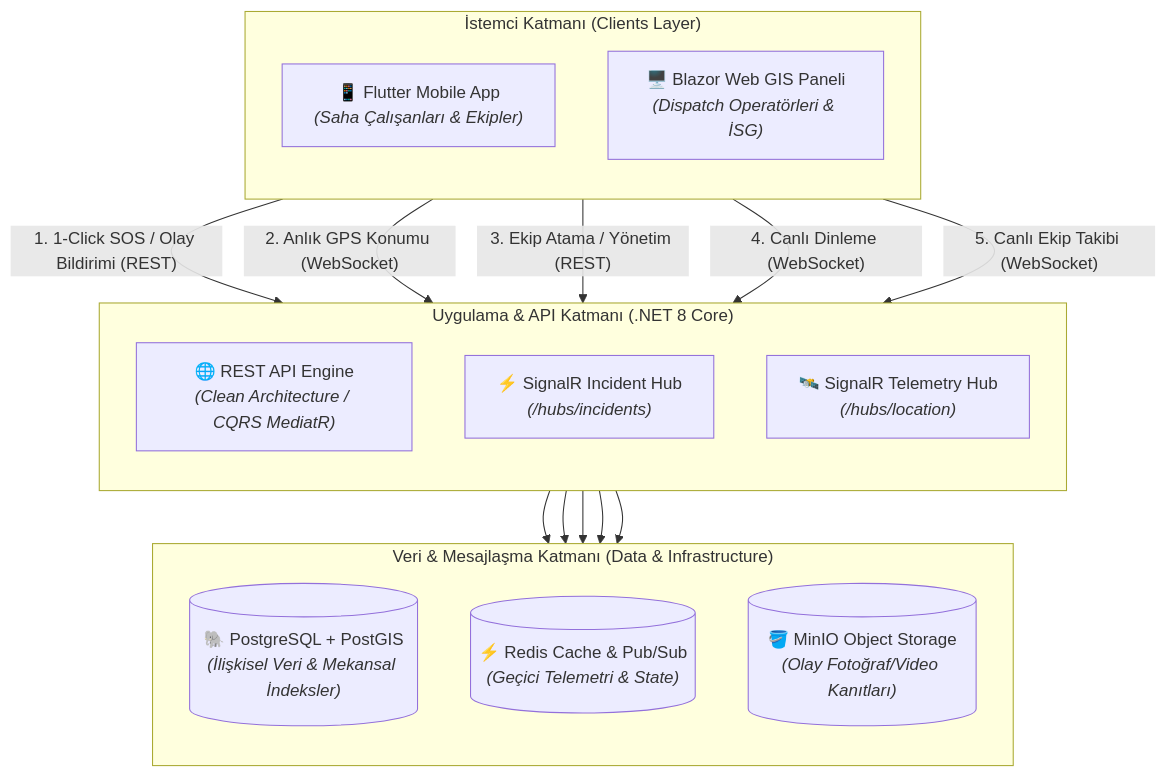
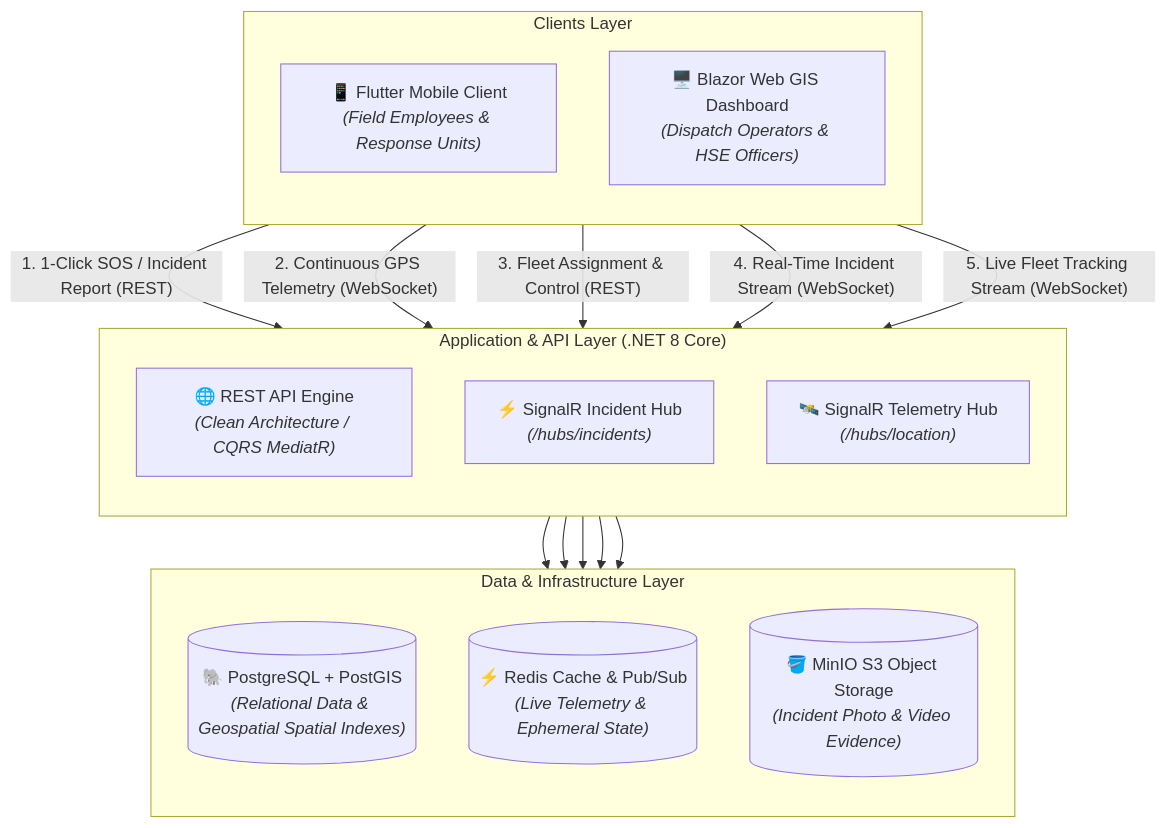
One commit to Decuayer/aegis-dispatch changed the diagram in README.md. Above: the diagram before and after it, drawn with Mermaid. The commit also changed other lines of this file, not shown here.

Commit message:
docs: translate README to enterprise English standard and add system architecture

````diff
--- a/README.md
+++ b/README.md
@@ -48,36 +48,36 @@
 ```mermaid
 flowchart TB
-    subgraph Clients["İstemci Katmanı (Clients Layer)"]
+    subgraph Clients["Clients Layer"]
         direction TB
-        Mobile["📱 Flutter Mobile App<br/><i>(Saha Çalışanları & Ekipler)</i>"]
-        WebPanel["🖥️ Blazor Web GIS Paneli<br/><i>(Dispatch Operatörleri & İSG)</i>"]
+        Mobile["📱 Flutter Mobile Client<br/><i>(Field Employees & Response Units)</i>"]
+        WebPanel["🖥️ Blazor Web GIS Dashboard<br/><i>(Dispatch Operators & HSE Officers)</i>"]
     end
 
-    subgraph GatewayAPI["Uygulama & API Katmanı (.NET 8 Core)"]
+    subgraph GatewayAPI["Application & API Layer (.NET 8 Core)"]
         direction TB
         API["🌐 REST API Engine<br/><i>(Clean Architecture / CQRS MediatR)</i>"]
         HubIncident["⚡ SignalR Incident Hub<br/><i>(/hubs/incidents)</i>"]
         HubLocation["🛰️ SignalR Telemetry Hub<br/><i>(/hubs/location)</i>"]
     end
 
-    subgraph DataStorage["Veri & Mesajlaşma Katmanı (Data & Infrastructure)"]
+    subgraph DataStorage["Data & Infrastructure Layer"]
         direction TB
-        Postgres[("🐘 PostgreSQL + PostGIS<br/><i>(İlişkisel Veri & Mekansal İndeksler)</i>")]
-        Redis[("⚡ Redis Cache & Pub/Sub<br/><i>(Geçici Telemetri & State)</i>")]
-        MinIO[("🪣 MinIO Object Storage<br/><i>(Olay Fotoğraf/Video Kanıtları)</i>")]
+        Postgres[("🐘 PostgreSQL + PostGIS<br/><i>(Relational Data & Geospatial Spatial Indexes)</i>")]
+        Redis[("⚡ Redis Cache & Pub/Sub<br/><i>(Live Telemetry & Ephemeral State)</i>")]
+        MinIO[("🪣 MinIO S3 Object Storage<br/><i>(Incident Photo & Video Evidence)</i>")]
     end
 
     %% Client to API interactions
-    Mobile -- "1. 1-Click SOS / Olay Bildirimi (REST)" --> API
-    Mobile -- "2. Anlık GPS Konumu (WebSocket)" --> HubLocation
-    WebPanel -- "3. Ekip Atama / Yönetim (REST)" --> API
-    WebPanel -- "4. Canlı Dinleme (WebSocket)" --> HubIncident
-    WebPanel -- "5. Canlı Ekip Takibi (WebSocket)" --> HubLocation
+    Mobile -- "1. 1-Click SOS / Incident Report (REST)" --> API
+    Mobile -- "2. Continuous GPS Telemetry (WebSocket)" --> HubLocation
+    WebPanel -- "3. Fleet Assignment & Control (REST)" --> API
+    WebPanel -- "4. Real-Time Incident Stream (WebSocket)" --> HubIncident
+    WebPanel -- "5. Live Fleet Tracking Stream (WebSocket)" --> HubLocation
 
     %% API to Infrastructure
     API --> Postgres
     API --> MinIO
     HubLocation --> Redis
     HubLocation --> Postgres
     HubIncident --> Redis
 ```
````
